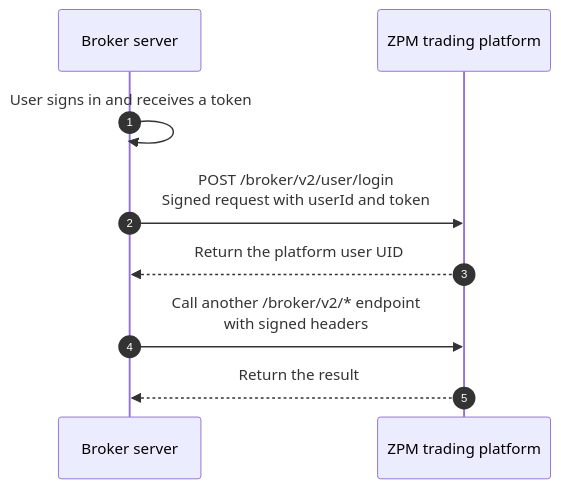
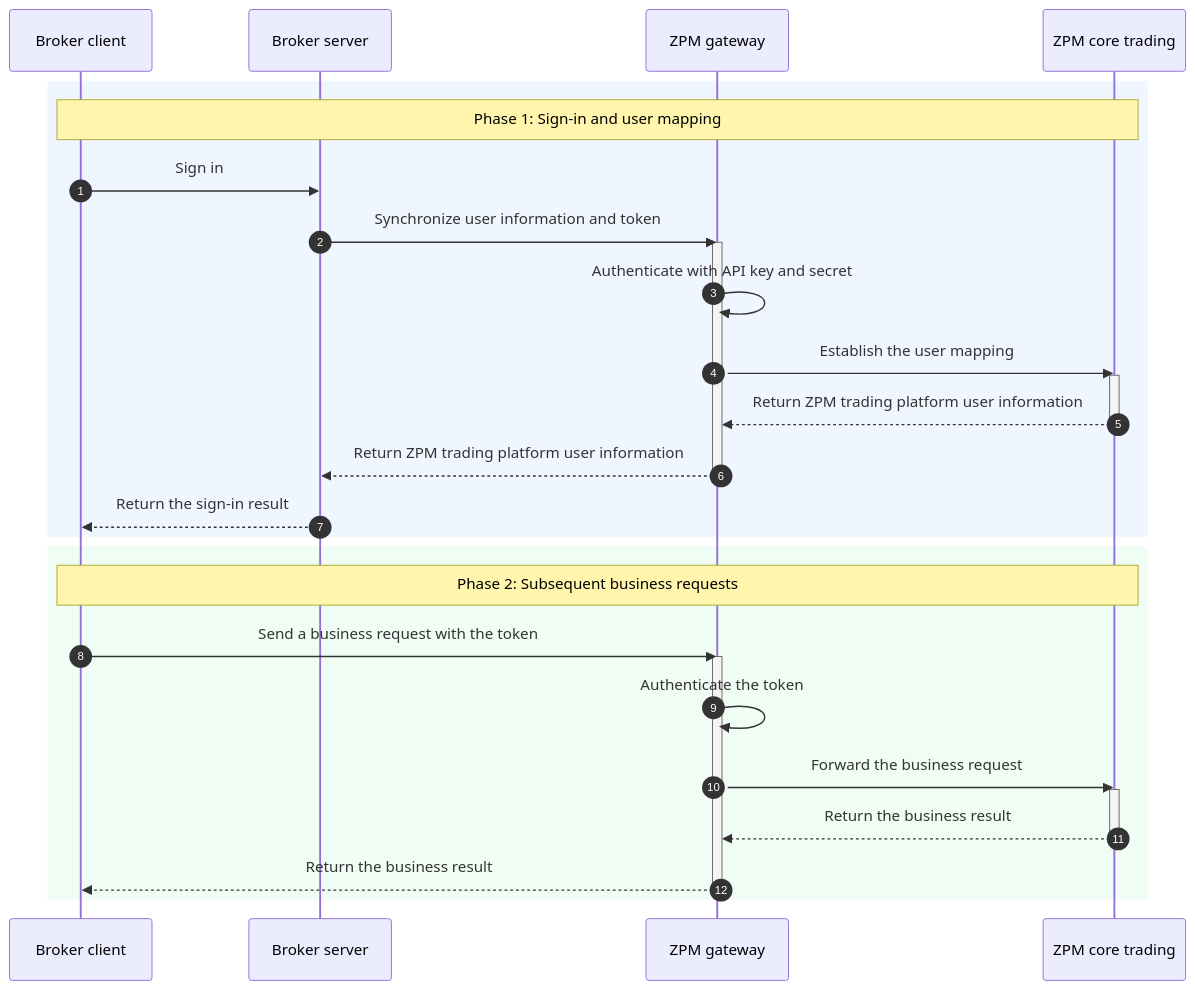
Before and after one commit to topblast-trade/docs: the diagram in en/guide/introduction.mdx, drawn with Mermaid. The commit also changed other lines of this file, not shown here.

````diff
--- a/en/guide/introduction.mdx
+++ b/en/guide/introduction.mdx
@@ -33,11 +33,39 @@
 ```mermaid
 sequenceDiagram
     autonumber
-    participant Broker as Broker server
-    participant ZPM as ZPM trading platform
-    Broker->>Broker: User signs in and receives a token
-    Broker->>ZPM: POST /broker/v2/user/login<br/>Signed request with userId and token
-    ZPM-->>Broker: Return the platform user UID
-    Broker->>ZPM: Call another /broker/v2/* endpoint<br/>with signed headers
-    ZPM-->>Broker: Return the result
+
+    participant BrokerClient as Broker client
+    participant BrokerServer as Broker server
+    participant Gateway as ZPM gateway
+    participant Core as ZPM core trading
+
+    rect rgb(239, 246, 255)
+        Note over BrokerClient,Core: Phase 1: Sign-in and user mapping
+
+        BrokerClient->>BrokerServer: Sign in
+        BrokerServer->>Gateway: Synchronize user information and token
+        activate Gateway
+        Gateway->>Gateway: Authenticate with API key and secret
+        Gateway->>Core: Establish the user mapping
+        activate Core
+        Core-->>Gateway: Return ZPM trading platform user information
+        deactivate Core
+        Gateway-->>BrokerServer: Return ZPM trading platform user information
+        deactivate Gateway
+        BrokerServer-->>BrokerClient: Return the sign-in result
+    end
+
+    rect rgb(240, 253, 244)
+        Note over BrokerClient,Core: Phase 2: Subsequent business requests
+
+        BrokerClient->>Gateway: Send a business request with the token
+        activate Gateway
+        Gateway->>Gateway: Authenticate the token
+        Gateway->>Core: Forward the business request
+        activate Core
+        Core-->>Gateway: Return the business result
+        deactivate Core
+        Gateway-->>BrokerClient: Return the business result
+        deactivate Gateway
+    end
 ```
````
